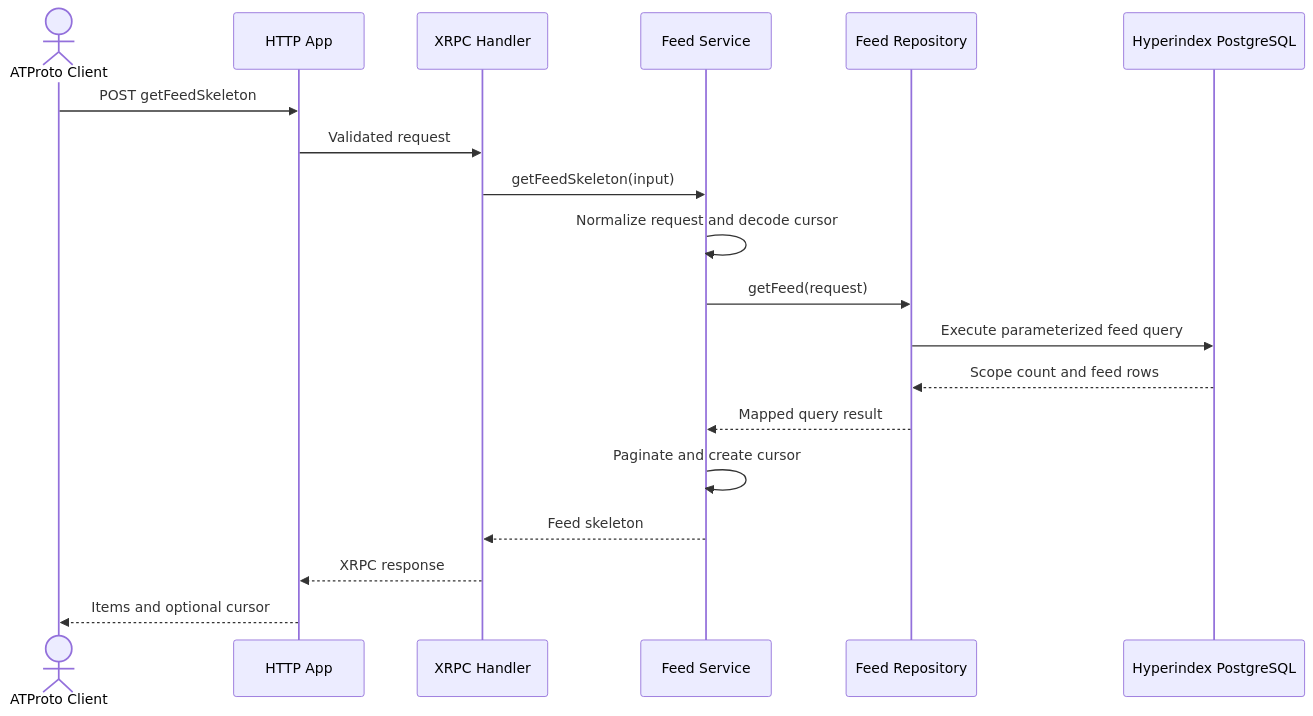
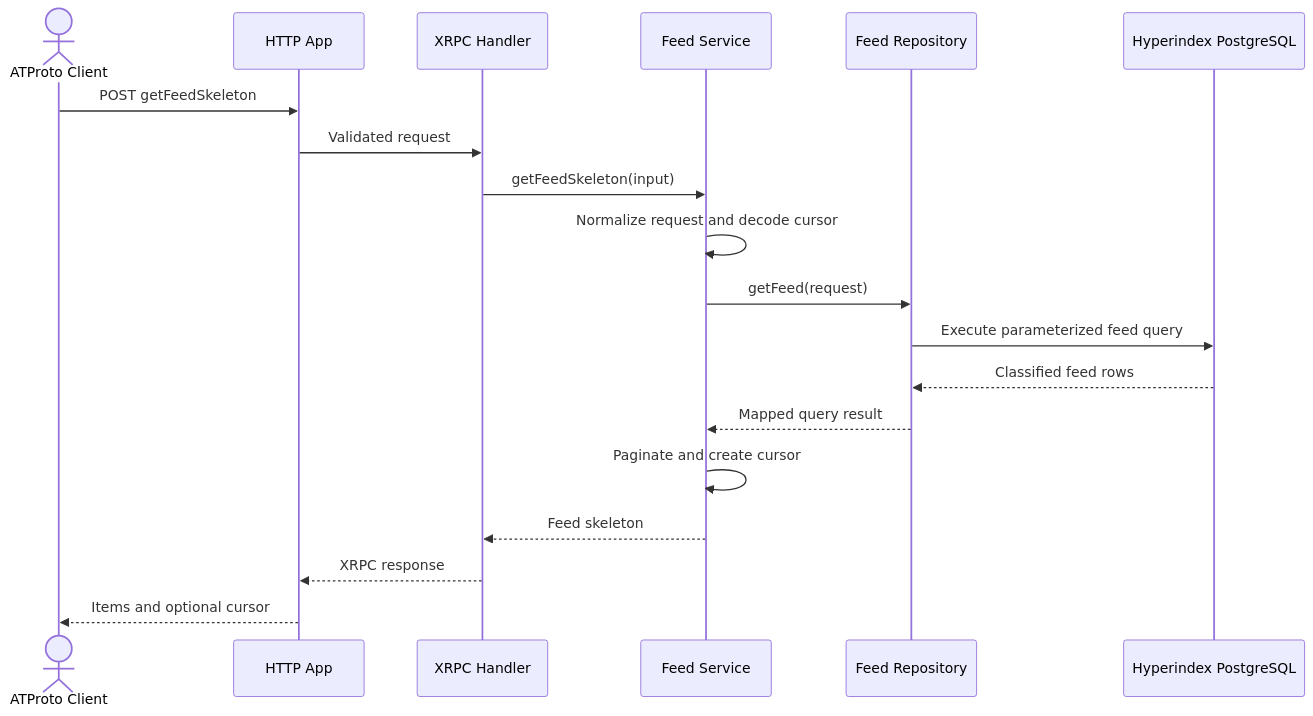
One commit to hypercerts-org/certified-feed-service changed the diagram in README.md. Above: the diagram before and after it, drawn with Mermaid. The commit also changed other lines of this file and 12 other files, not shown here.

First line of the commit message:
feed: remove resolved scope cap

````diff
--- a/README.md
+++ b/README.md
@@ -54,22 +54,22 @@
 ```mermaid
 sequenceDiagram
     actor Client as ATProto Client
     participant HTTP as HTTP App
     participant XRPC as XRPC Handler
     participant Service as Feed Service
     participant Repo as Feed Repository
     participant DB as Hyperindex PostgreSQL
 
     Client->>HTTP: POST getFeedSkeleton
     HTTP->>XRPC: Validated request
     XRPC->>Service: getFeedSkeleton(input)
     Service->>Service: Normalize request and decode cursor
     Service->>Repo: getFeed(request)
     Repo->>DB: Execute parameterized feed query
-    DB-->>Repo: Scope count and feed rows
+    DB-->>Repo: Classified feed rows
     Repo-->>Service: Mapped query result
     Service->>Service: Paginate and create cursor
     Service-->>XRPC: Feed skeleton
     XRPC-->>HTTP: XRPC response
     HTTP-->>Client: Items and optional cursor
 ```
````
